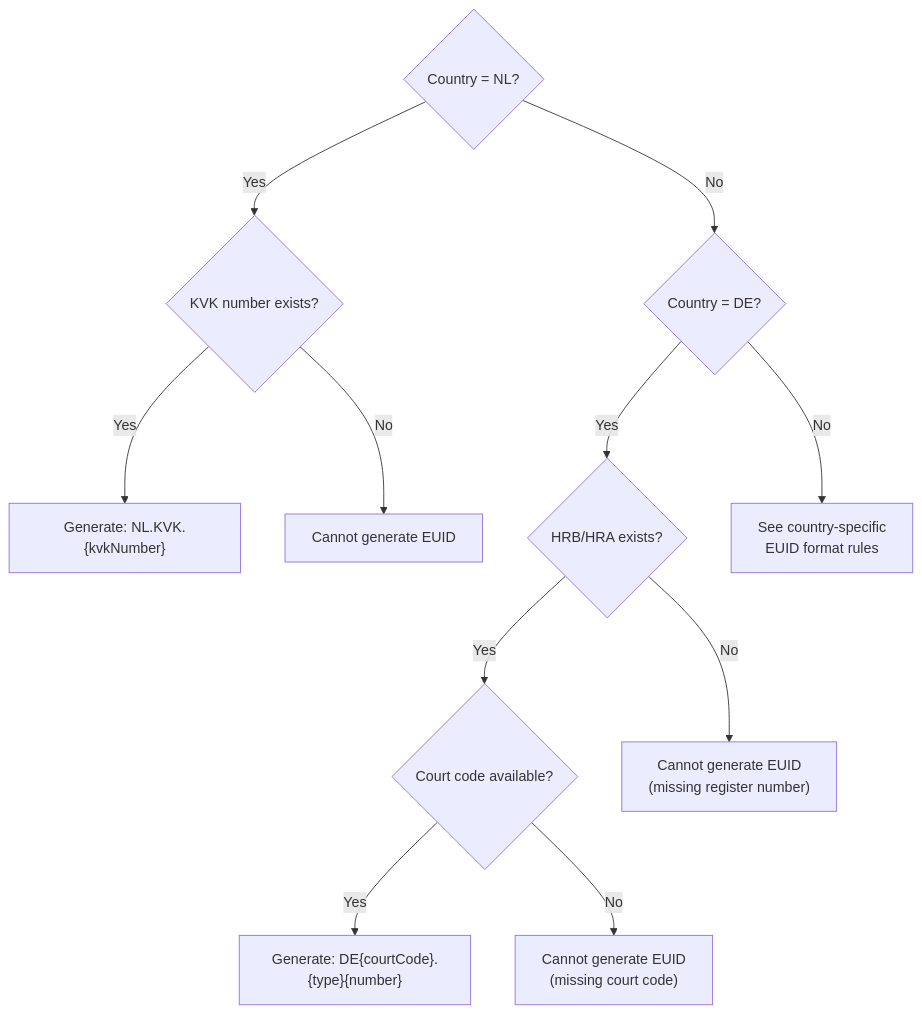
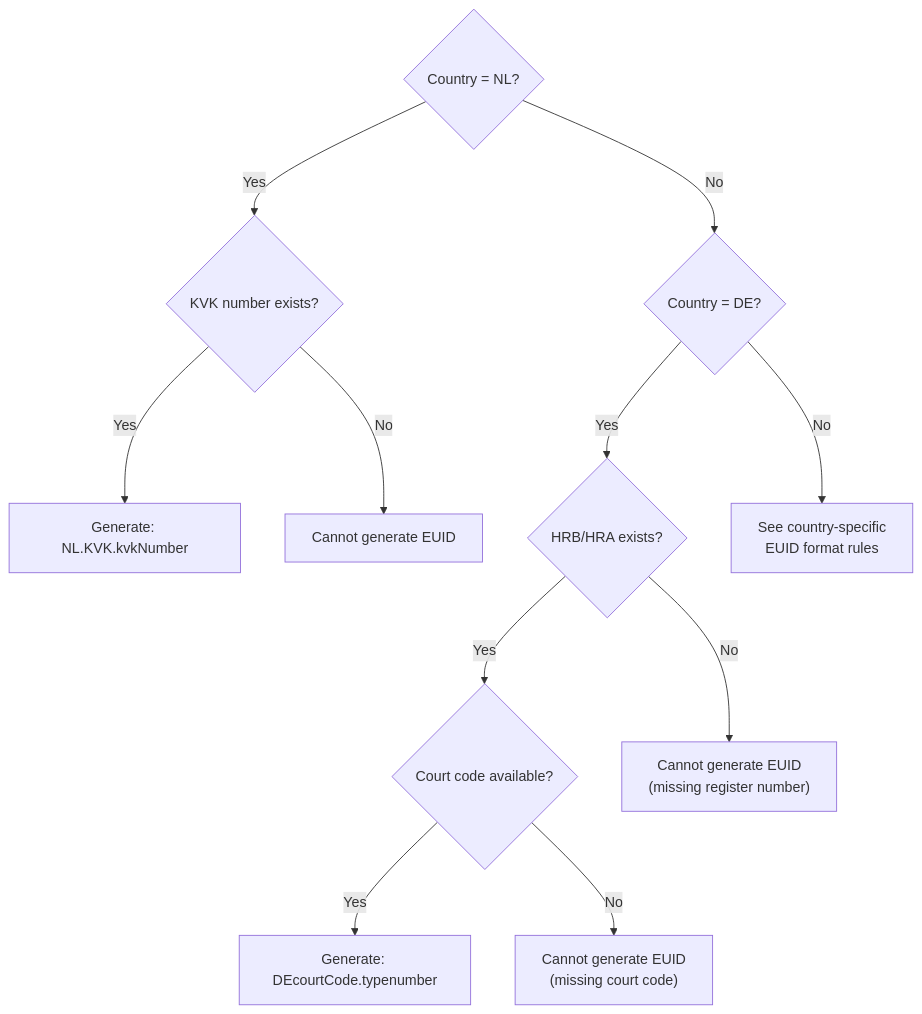
The seventh of 7 diagrams in docs/ENRICHMENT_ARCHITECTURE.md (DeNoronha/ctn-asr-demo), drawn with Mermaid before and after one commit. The commit also changed other lines of this file, not shown here.

Commit message:
docs: update ENRICHMENT_ARCHITECTURE.md with GLEIF search strategy and lessons learned

````diff
--- a/docs/ENRICHMENT_ARCHITECTURE.md
+++ b/docs/ENRICHMENT_ARCHITECTURE.md
@@ -400,18 +472,18 @@
 ```mermaid
 flowchart TD
     Q1{Country = NL?}
     Q1 -->|Yes| Q2{KVK number exists?}
-    Q2 -->|Yes| GEN_NL["Generate: NL.KVK.{kvkNumber}"]
+    Q2 -->|Yes| GEN_NL["Generate: NL.KVK.kvkNumber"]
     Q2 -->|No| NO_NL["Cannot generate EUID"]
 
     Q1 -->|No| Q3{Country = DE?}
     Q3 -->|Yes| Q4{HRB/HRA exists?}
     Q4 -->|Yes| Q5{Court code available?}
-    Q5 -->|Yes| GEN_DE["Generate: DE{courtCode}.{type}{number}"]
+    Q5 -->|Yes| GEN_DE["Generate: DEcourtCode.typenumber"]
     Q5 -->|No| NO_CODE["Cannot generate EUID
     (missing court code)"]
     Q4 -->|No| NO_HRB["Cannot generate EUID
     (missing register number)"]
     Q3 -->|No| OTHER["See country-specific
     EUID format rules"]
 ```
````
